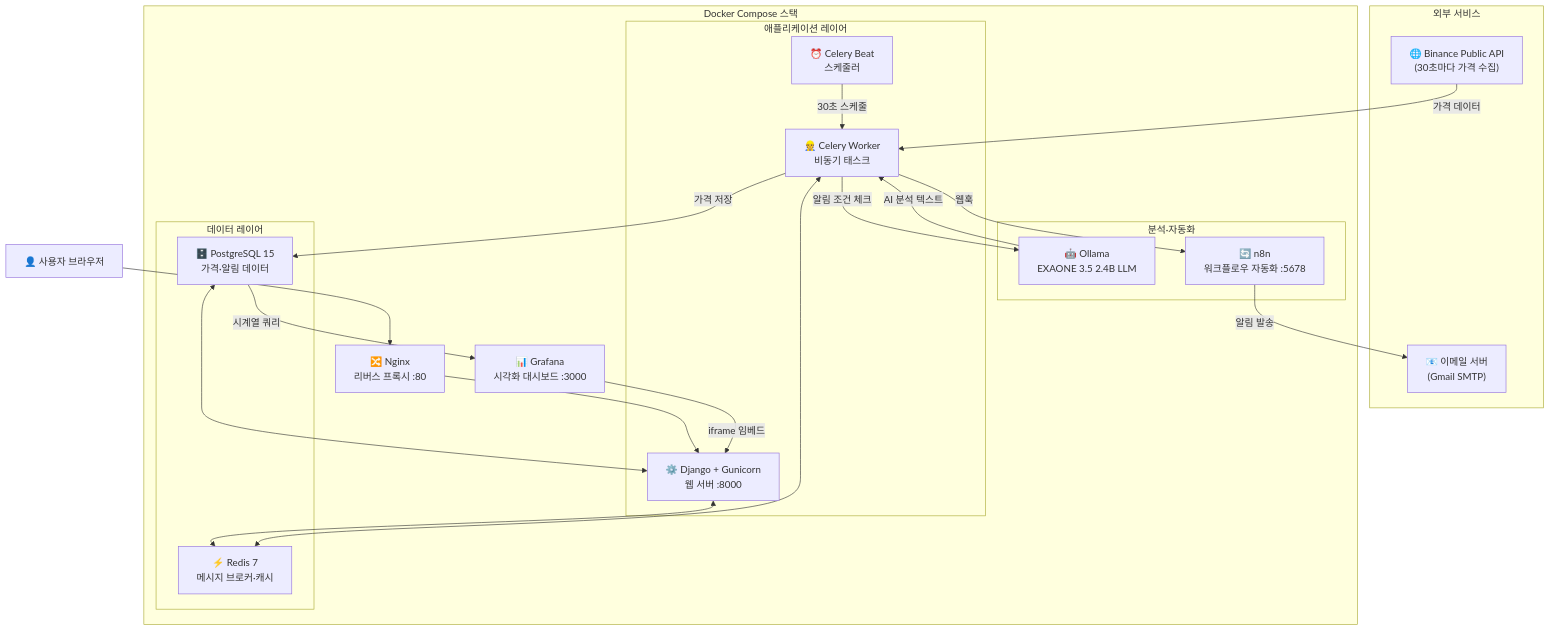
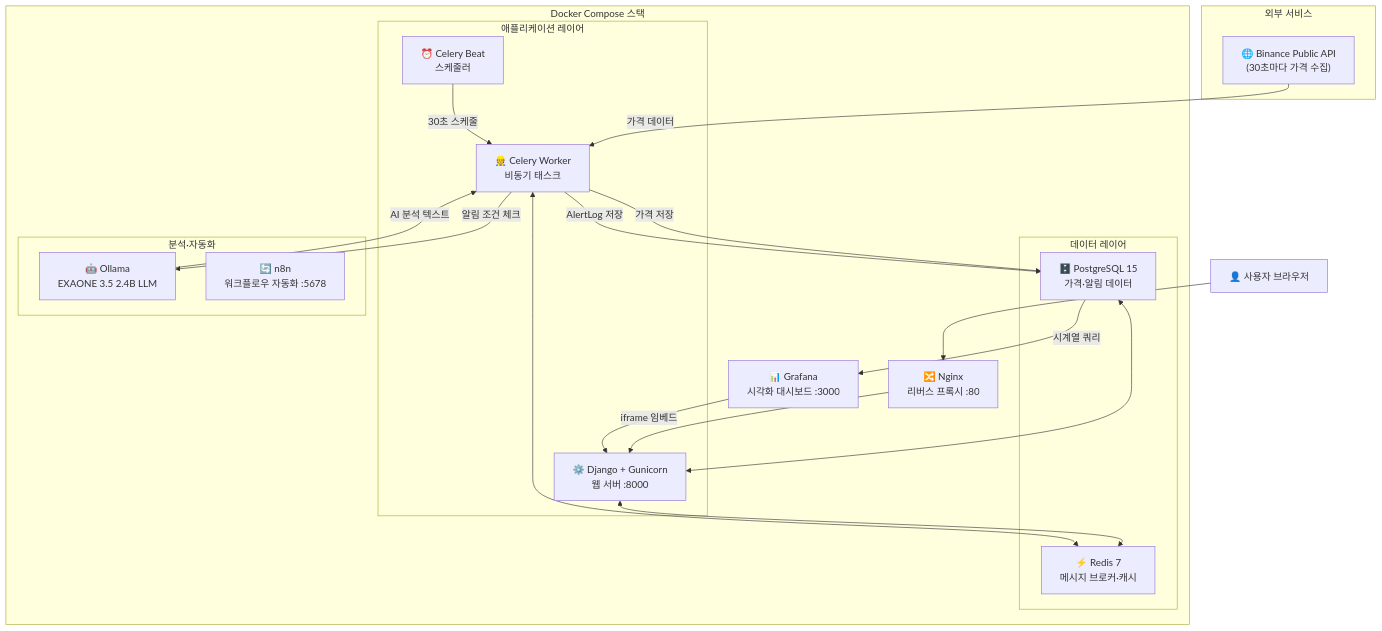
Before and after one commit to Userlsj-project/crypto-monitor: the first of 4 diagrams in README.md, drawn with Mermaid. The commit also changed other lines of this file, not shown here.

Commit message:
docs: remove email references, describe alert log instead

````diff
--- a/README.md
+++ b/README.md
@@ -11,46 +11,44 @@
 ```mermaid
 graph TB
     subgraph External["외부 서비스"]
         BINANCE["🌐 Binance Public API<br/>(30초마다 가격 수집)"]
-        EMAIL["📧 이메일 서버<br/>(Gmail SMTP)"]
     end
 
     subgraph Docker["Docker Compose 스택"]
         NGINX["🔀 Nginx<br/>리버스 프록시 :80"]
 
         subgraph App["애플리케이션 레이어"]
             DJANGO["⚙️ Django + Gunicorn<br/>웹 서버 :8000"]
             CELERY_W["👷 Celery Worker<br/>비동기 태스크"]
             CELERY_B["⏰ Celery Beat<br/>스케줄러"]
         end
 
         subgraph Data["데이터 레이어"]
             PG["🗄️ PostgreSQL 15<br/>가격·알림 데이터"]
             REDIS["⚡ Redis 7<br/>메시지 브로커·캐시"]
         end
 
         subgraph Intelligence["분석·자동화"]
             OLLAMA["🤖 Ollama<br/>EXAONE 3.5 2.4B LLM"]
             N8N["🔄 n8n<br/>워크플로우 자동화 :5678"]
         end
 
         GRAFANA["📊 Grafana<br/>시각화 대시보드 :3000"]
     end
 
     BROWSER["👤 사용자 브라우저"]
 
     BROWSER --> NGINX
     NGINX --> DJANGO
     BINANCE -->|"가격 데이터"| CELERY_W
     CELERY_B -->|"30초 스케줄"| CELERY_W
     CELERY_W -->|"가격 저장"| PG
     CELERY_W -->|"알림 조건 체크"| OLLAMA
     OLLAMA -->|"AI 분석 텍스트"| CELERY_W
-    CELERY_W -->|"웹훅"| N8N
-    N8N -->|"알림 발송"| EMAIL
+    CELERY_W -->|"AlertLog 저장"| PG
     DJANGO <--> PG
     DJANGO <--> REDIS
     CELERY_W <--> REDIS
     PG -->|"시계열 쿼리"| GRAFANA
     GRAFANA -->|"iframe 임베드"| DJANGO
 ```
````
